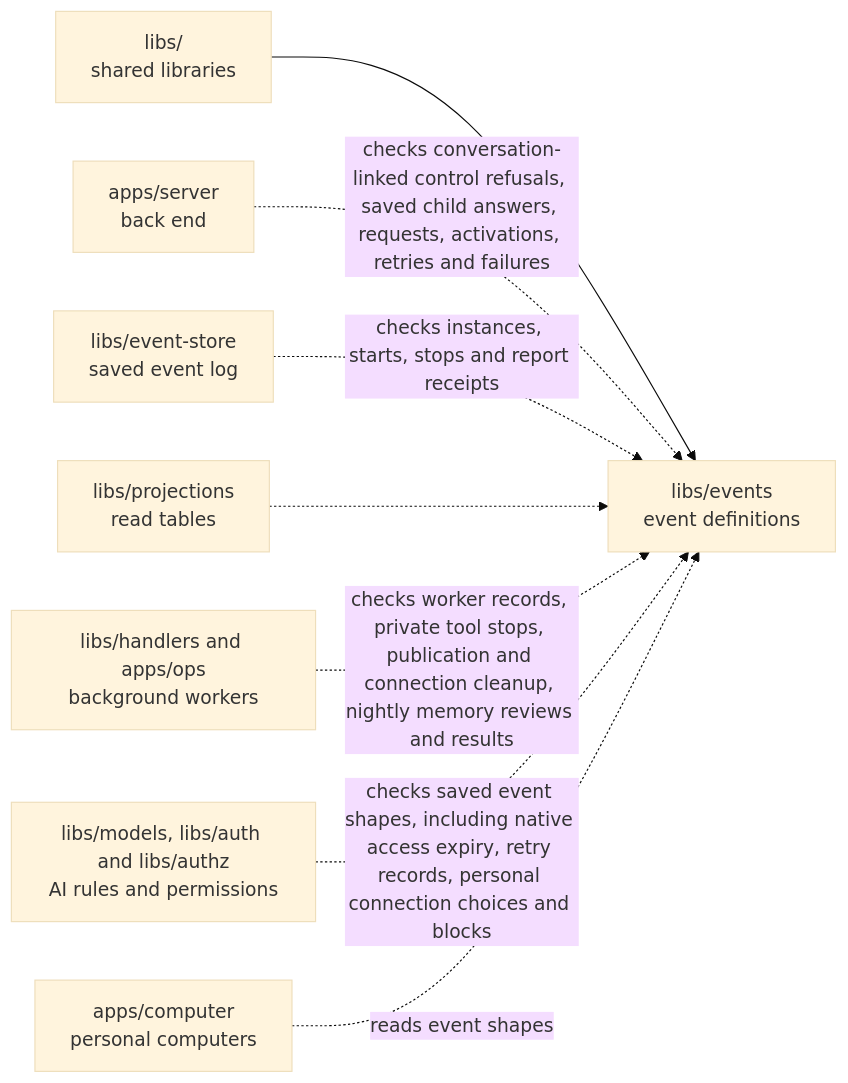
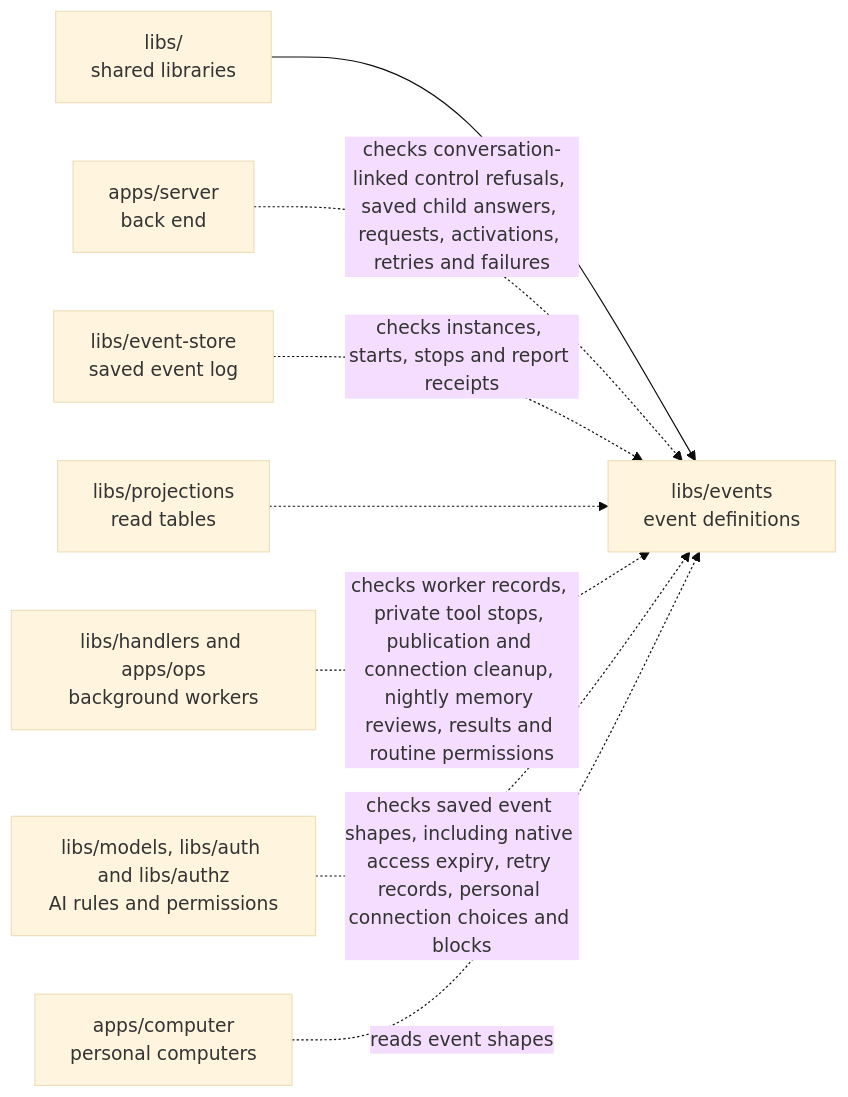
The diagram in libs/events/README.md (elewa-git/opencrane-new), drawn with Mermaid (base theme) before and after one commit. The commit also changed other lines of this file and 14 other files, not shown here.

Commit message:
🔐 Project routine ownership and refuse stale permissions

````diff
--- a/libs/events/README.md
+++ b/libs/events/README.md
@@ -20,10 +20,10 @@
 ```mermaid
 flowchart LR
   parent["libs/<br/>shared libraries"] --> events["libs/events<br/>event definitions"]
   server["apps/server<br/>back end"] -.->|checks conversation-linked control refusals, saved child answers, requests, activations, retries and failures| events
   store["libs/event-store<br/>saved event log"] -.->|checks instances, starts, stops and report receipts| events
   projections["libs/projections<br/>read tables"] -.-> events
-  workers["libs/handlers and apps/ops<br/>background workers"] -.->|checks worker records, private tool stops, publication and connection cleanup, nightly memory reviews and results| events
+  workers["libs/handlers and apps/ops<br/>background workers"] -.->|checks worker records, private tool stops, publication and connection cleanup, nightly memory reviews, results and routine permissions| events
   models["libs/models, libs/auth and libs/authz<br/>AI rules and permissions"] -.->|checks saved event shapes, including native access expiry, retry records, personal connection choices and blocks| events
   computer["apps/computer<br/>personal computers"] -.->|reads event shapes| events
 ```
````
